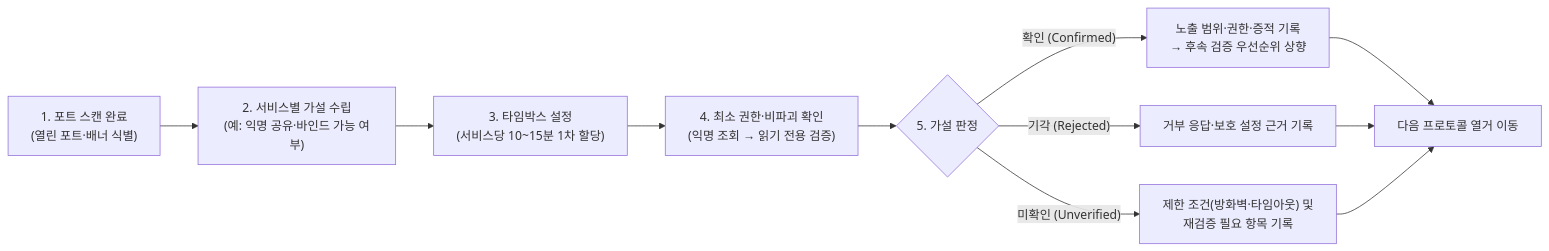
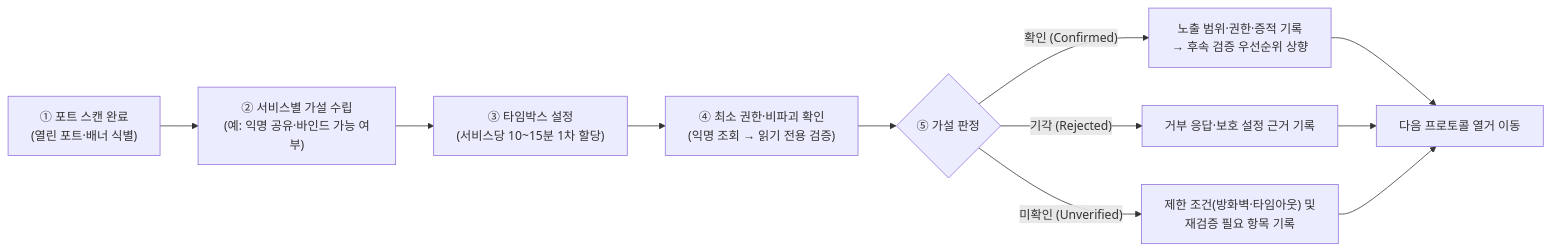
The diagram in content/모의해킹 기초/체계적 서비스 열거 플레이북 — SMB, LDAP, SNMP, MSSQL, NFS 프로토콜별 체크리스트.md (gooyong-sec/gooyong-sec.github.io), drawn with Mermaid before and after one commit. The commit also changed 28 other files, not shown here.

First line of the commit message:
fix: eliminate remaining mermaid markdown-list misparse across all diagrams

````diff
--- a/content/모의해킹 기초/체계적 서비스 열거 플레이북 — SMB, LDAP, SNMP, MSSQL, NFS 프로토콜별 체크리스트.md
+++ b/content/모의해킹 기초/체계적 서비스 열거 플레이북 — SMB, LDAP, SNMP, MSSQL, NFS 프로토콜별 체크리스트.md
@@ -18,13 +18,13 @@
 ```mermaid
 flowchart LR
-    A["1. 포트 스캔 완료<br/>(열린 포트·배너 식별)"] --> B["2. 서비스별 가설 수립<br/>(예: 익명 공유·바인드 가능 여부)"]
-    B --> C["3. 타임박스 설정<br/>(서비스당 10~15분 1차 할당)"]
-    C --> D["4. 최소 권한·비파괴 확인<br/>(익명 조회 → 읽기 전용 검증)"]
-    D --> E{"5. 가설 판정"}
+    A["① 포트 스캔 완료<br/>(열린 포트·배너 식별)"] --> B["② 서비스별 가설 수립<br/>(예: 익명 공유·바인드 가능 여부)"]
+    B --> C["③ 타임박스 설정<br/>(서비스당 10~15분 1차 할당)"]
+    C --> D["④ 최소 권한·비파괴 확인<br/>(익명 조회 → 읽기 전용 검증)"]
+    D --> E{"⑤ 가설 판정"}
     E -->|"확인 (Confirmed)"| F["노출 범위·권한·증적 기록<br/>→ 후속 검증 우선순위 상향"]
     E -->|"기각 (Rejected)"| G["거부 응답·보호 설정 근거 기록"]
     E -->|"미확인 (Unverified)"| H["제한 조건(방화벽·타임아웃) 및<br/>재검증 필요 항목 기록"]
     F --> I["다음 프로토콜 열거 이동"]
     G --> I
     H --> I
 ```
````
